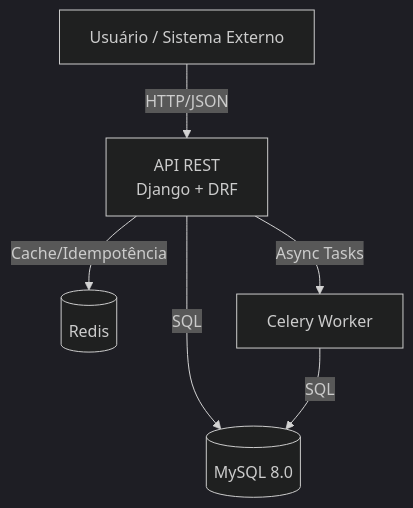
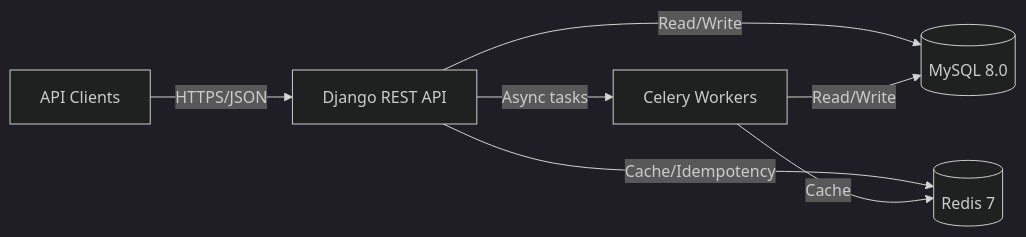
One commit to Lucasantunesribeiro/sistema_erp_modulo_de_gestao_de_pedidos changed the second of 3 diagrams in ARCHITECTURE.md. Above: the diagram before and after it, drawn with Mermaid (dark theme). The commit also changed other lines of this file and 1 other file, not shown here.

Commit message:
docs: add architecture documentation

````diff
--- a/ARCHITECTURE.md
+++ b/ARCHITECTURE.md
@@ -30,14 +23,9 @@
 ```mermaid
-graph TB
-    User[Usuário / Sistema Externo]
-    API[API REST<br/>Django + DRF]
-    DB[(MySQL 8.0)]
-    Cache[(Redis)]
-    Worker[Celery Worker]
-    
-    User -->|HTTP/JSON| API
-    API -->|SQL| DB
-    API -->|Cache/Idempotência| Cache
-    API -->|Async Tasks| Worker
-    Worker -->|SQL| DB
+flowchart LR
+  Client[API Clients] -->|HTTPS/JSON| API[Django REST API]
+  API -->|Async tasks| Worker[Celery Workers]
+  API -->|Read/Write| DB[(MySQL 8.0)]
+  API -->|Cache/Idempotency| Redis[(Redis 7)]
+  Worker -->|Read/Write| DB
+  Worker -->|Cache| Redis
 ```
````
